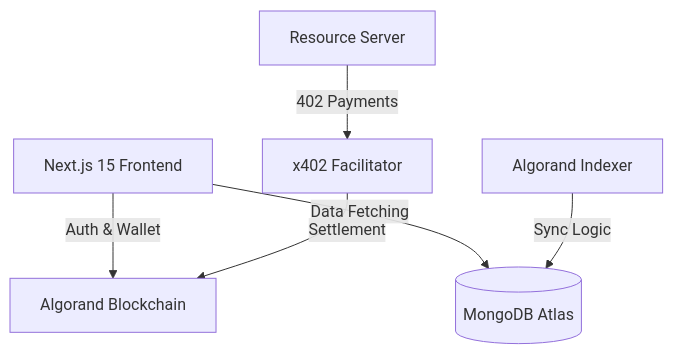
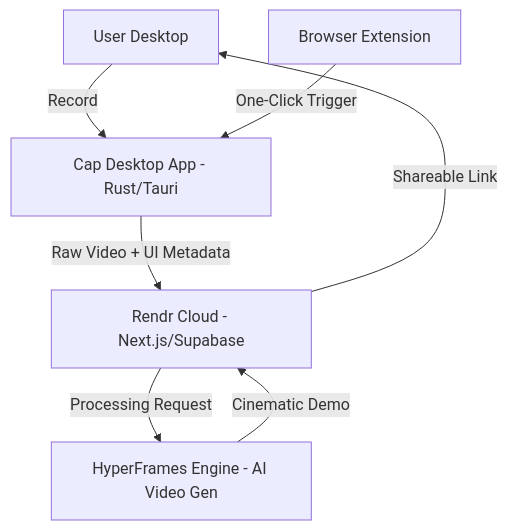
The diagram in ARCHITECTURE.md (nickthelegend/molfi-landing-page), drawn with Mermaid before and after one commit. The commit also changed other lines of this file and 7 other files, not shown here.

Commit message:
rebrand project from Promptly to Rendr and update architecture to reflect transition to AI-powered video demo generation

````diff
--- a/ARCHITECTURE.md
+++ b/ARCHITECTURE.md
@@ -7,8 +7,9 @@
 ```mermaid
 graph TD
-    Client[Next.js 15 Frontend] -->|Auth & Wallet| Algorand[Algorand Blockchain]
-    Client -->|Data Fetching| MongoDB[(MongoDB Atlas)]
-    Facilitator[x402 Facilitator] -->|Settlement| Algorand
-    Server[Resource Server] -->|402 Payments| Facilitator
-    Indexer[Algorand Indexer] -->|Sync Logic| MongoDB
+    User[User Desktop] -->|Record| Cap[Cap Desktop App - Rust/Tauri]
+    Cap -->|Raw Video + UI Metadata| Cloud[Rendr Cloud - Next.js/Supabase]
+    Cloud -->|Processing Request| HF[HyperFrames Engine - AI Video Gen]
+    HF -->|Cinematic Demo| Cloud
+    Cloud -->|Shareable Link| User
+    Extension[Browser Extension] -->|One-Click Trigger| Cap
 ```
````
